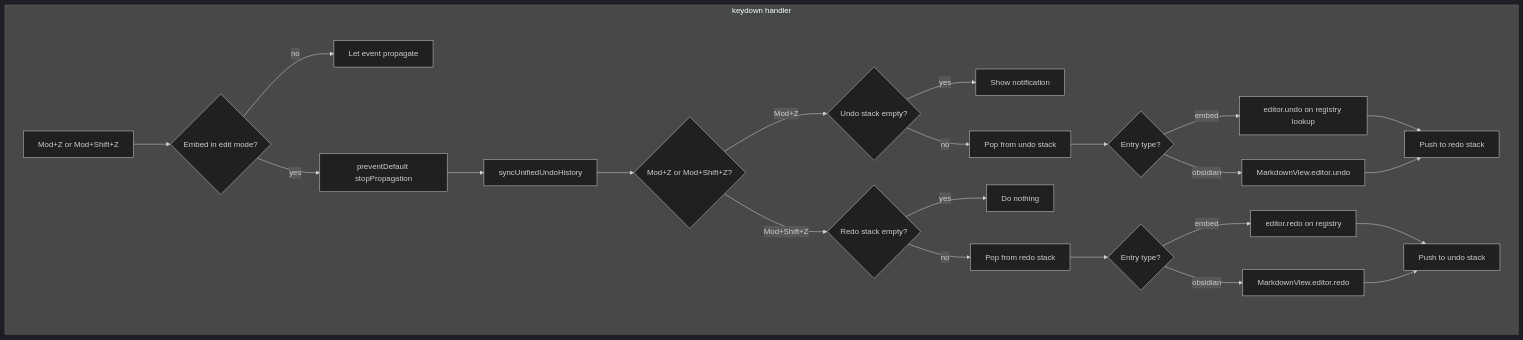
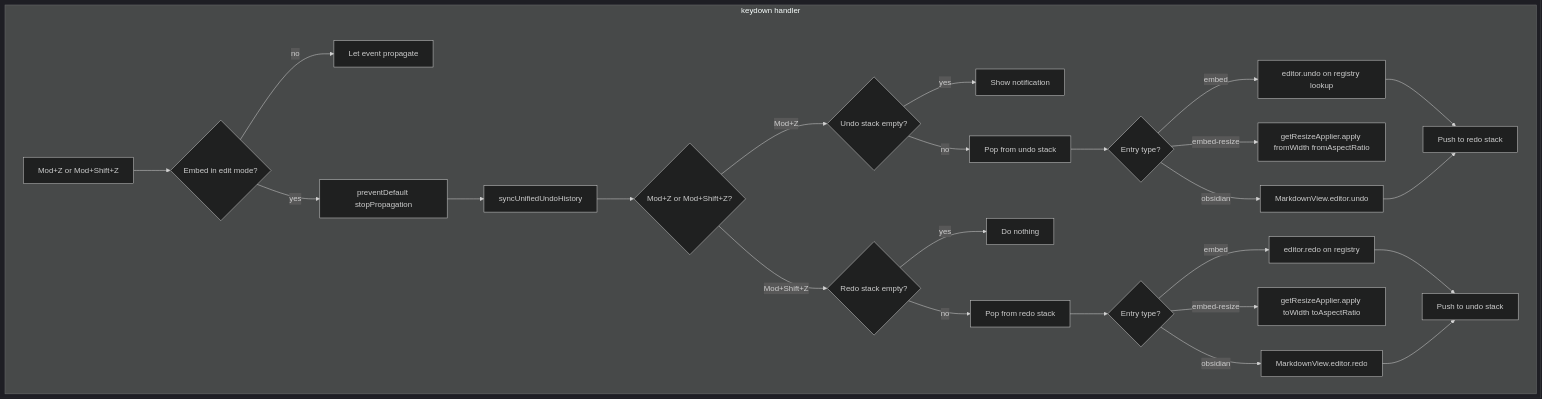
Before and after one commit to daledesilva/obsidian_ink: the sixth of 6 diagrams in docs/undo-redo-implementation.md, drawn with Mermaid (dark theme). The commit also changed other lines of this file and 9 other files, not shown here.

````diff
--- a/docs/undo-redo-implementation.md
+++ b/docs/undo-redo-implementation.md
@@ -157,26 +159,28 @@
 ```mermaid
 flowchart TD
     subgraph KeydownFlow [keydown handler]
         A[Mod+Z or Mod+Shift+Z] --> B{Embed in edit mode?}
         B -->|no| C[Let event propagate]
         B -->|yes| D[preventDefault stopPropagation]
         D --> E[syncUnifiedUndoHistory]
         E --> F{Mod+Z or Mod+Shift+Z?}
         F -->|Mod+Z| G{Undo stack empty?}
         G -->|yes| H[Show notification]
         G -->|no| I[Pop from undo stack]
         I --> J{Entry type?}
         J -->|embed| K[editor.undo on registry lookup]
+        J -->|embed-resize| K2[getResizeApplier.apply fromWidth fromAspectRatio]
         J -->|obsidian| L[MarkdownView.editor.undo]
         K --> M[Push to redo stack]
         L --> M
         F -->|Mod+Shift+Z| N{Redo stack empty?}
         N -->|yes| O[Do nothing]
         N -->|no| P[Pop from redo stack]
         P --> Q{Entry type?}
         Q -->|embed| R[editor.redo on registry]
+        Q -->|embed-resize| R2[getResizeApplier.apply toWidth toAspectRatio]
         Q -->|obsidian| S[MarkdownView.editor.redo]
         R --> T[Push to undo stack]
         S --> T
     end
 ```
````
